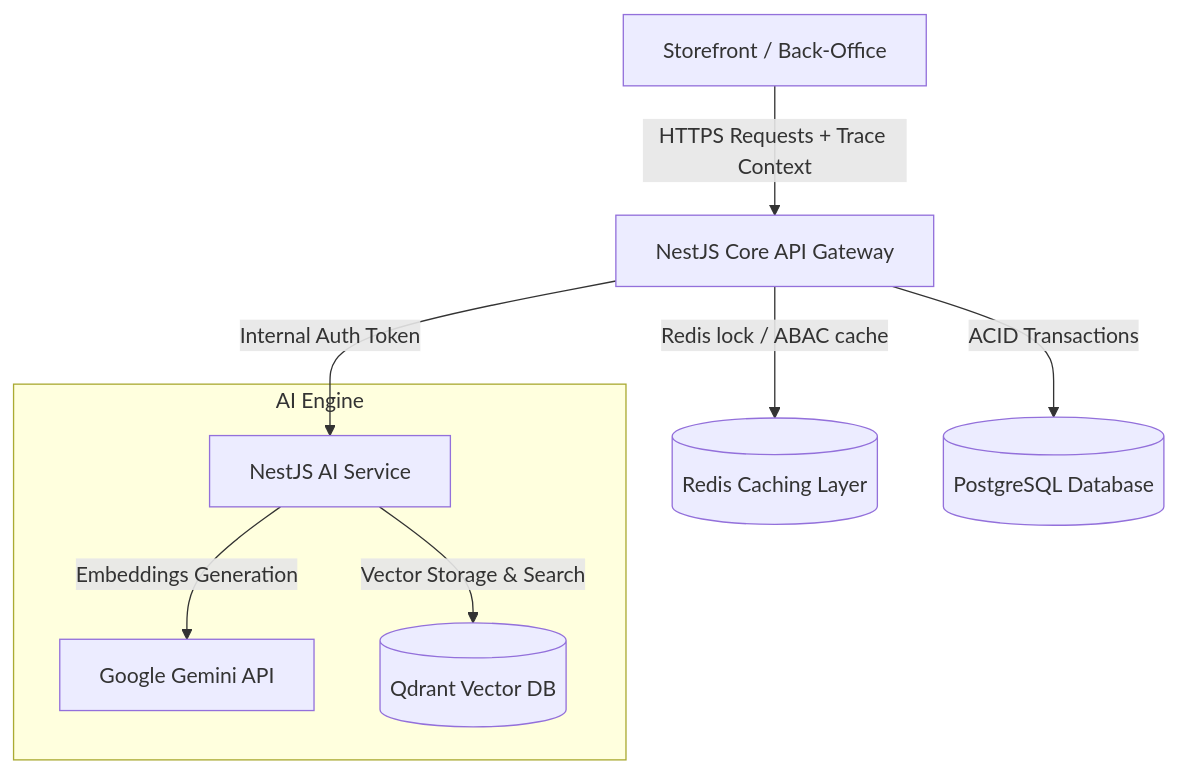
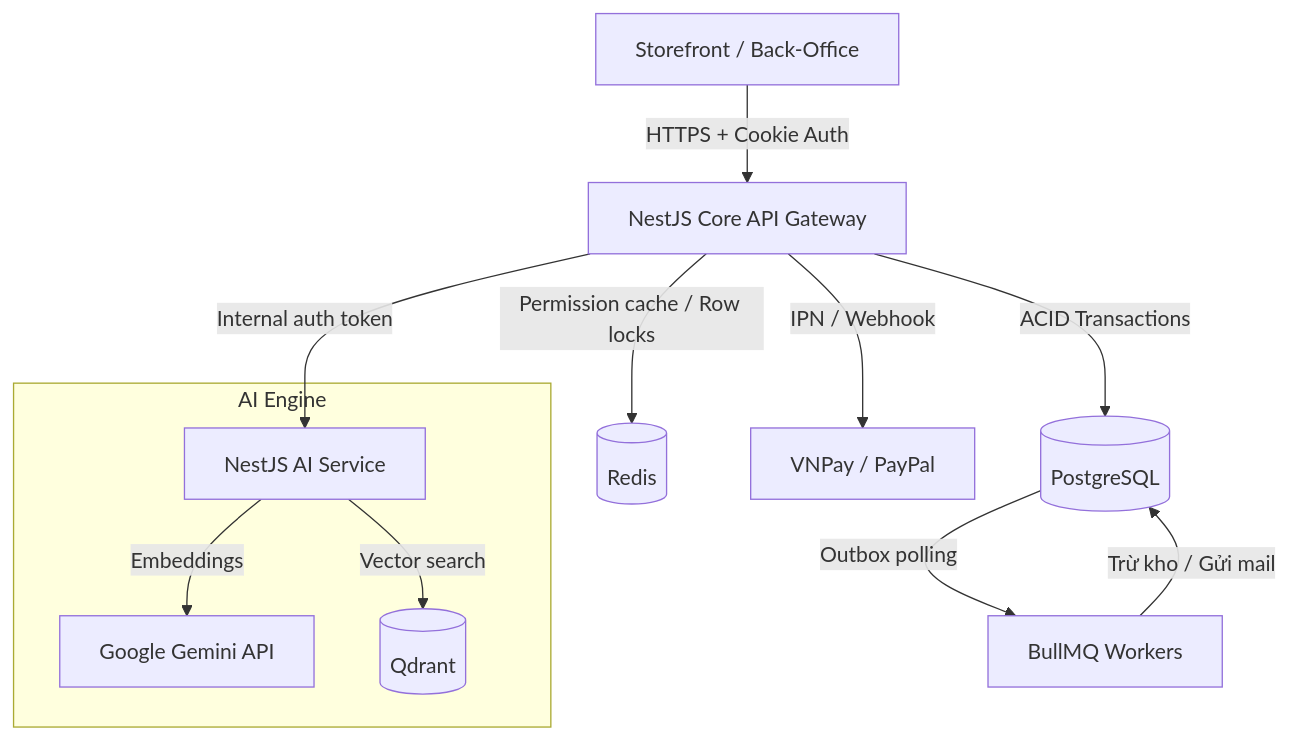
The second of 2 diagrams in README.md (pthawng/E-Commerce), drawn with Mermaid before and after one commit. The commit also changed other lines of this file, not shown here.

````diff
--- a/README.md
+++ b/README.md
@@ -113,12 +150,15 @@
 ```mermaid
 graph TD
-    Client[Storefront / Back-Office] -->|HTTPS Requests + Trace Context| Gateway[NestJS Core API Gateway]
-    Gateway -->|Redis lock / ABAC cache| Redis[(Redis Caching Layer)]
-    Gateway -->|ACID Transactions| PostgreSQL[(PostgreSQL Database)]
-    Gateway -->|Internal Auth Token| AIService[NestJS AI Service]
-    
+    Client[Storefront / Back-Office] -->|HTTPS + Cookie Auth| Gateway[NestJS Core API Gateway]
+    Gateway -->|Permission cache / Row locks| Redis[(Redis)]
+    Gateway -->|ACID Transactions| PostgreSQL[(PostgreSQL)]
+    Gateway -->|Internal auth token| AIService[NestJS AI Service]
+    Gateway -->|IPN / Webhook| PayGW[VNPay / PayPal]
+    PostgreSQL -->|Outbox polling| BullMQ[BullMQ Workers]
+    BullMQ -->|Trừ kho / Gửi mail| PostgreSQL
+
     subgraph AI Engine
-        AIService -->|Embeddings Generation| Gemini[Google Gemini API]
-        AIService -->|Vector Storage & Search| Qdrant[(Qdrant Vector DB)]
+        AIService -->|Embeddings| Gemini[Google Gemini API]
+        AIService -->|Vector search| Qdrant[(Qdrant)]
     end
 ```
````
